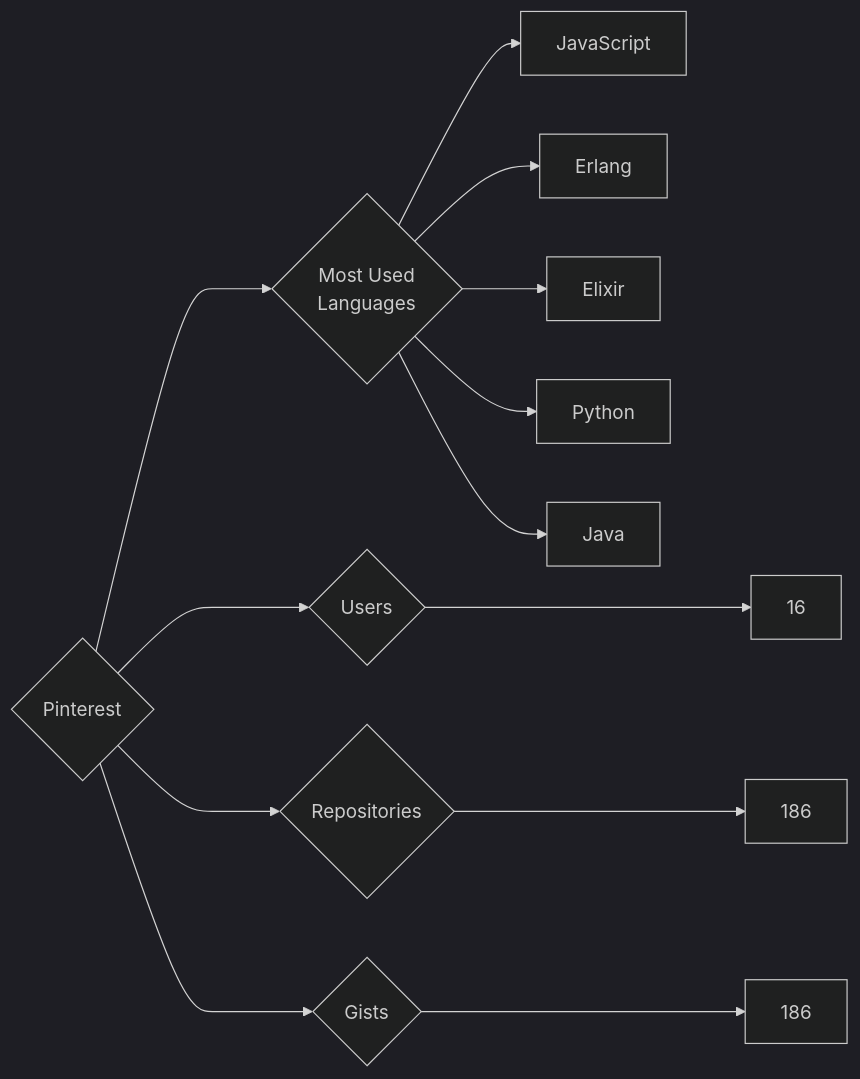
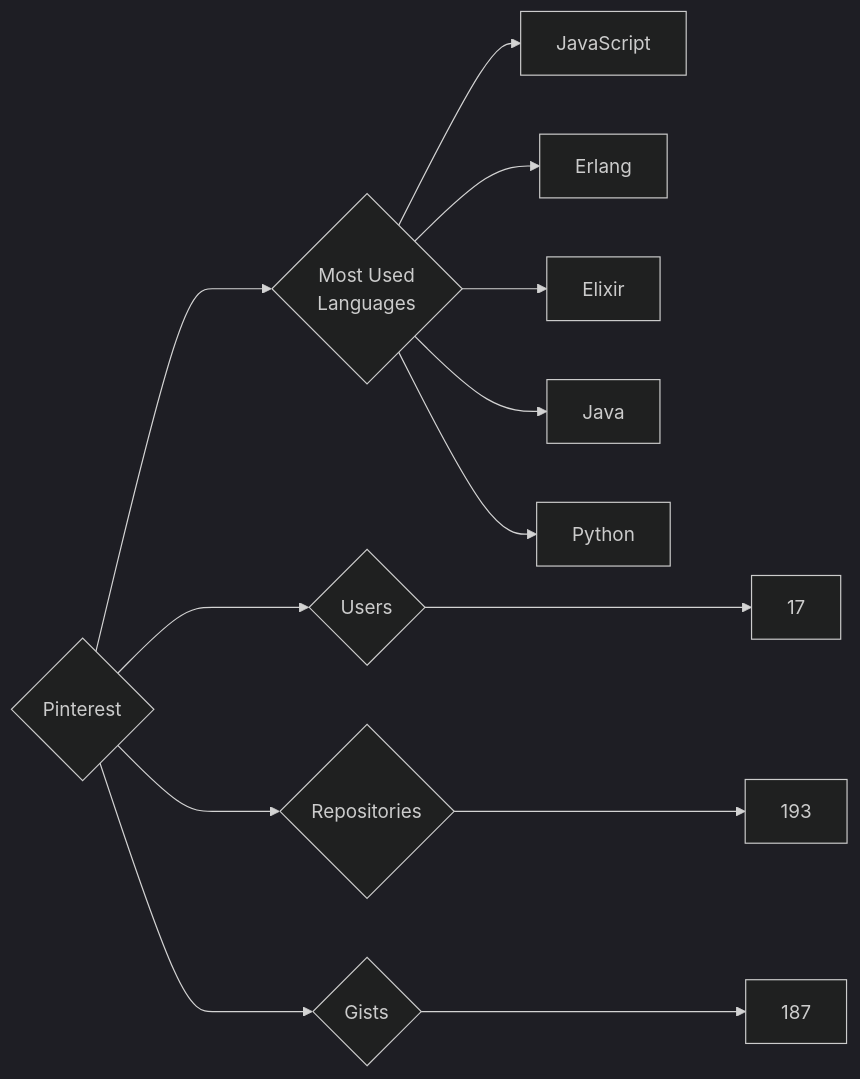
Before and after one commit to trickest/insiders: the diagram in targets/Pinterest/README.md, drawn with Mermaid (dark theme). The commit also changed 794 other files, not shown here.

````diff
--- a/targets/Pinterest/README.md
+++ b/targets/Pinterest/README.md
@@ -3,13 +3,13 @@
 ```mermaid
 graph LR
 COMPANY_NAME{Pinterest}
-COMPANY_NAME ---> U{Users} ---> UN[16]
-COMPANY_NAME ---> R{Repositories} ---> RN[186]
-COMPANY_NAME ---> G{Gists} ---> GN[186]
+COMPANY_NAME ---> U{Users} ---> UN[17]
+COMPANY_NAME ---> R{Repositories} ---> RN[193]
+COMPANY_NAME ---> G{Gists} ---> GN[187]
 COMPANY_NAME ---> ML{Most Used<br>Languages}
 ML --> JavaScript[JavaScript]
 ML --> Erlang[Erlang]
 ML --> Elixir[Elixir]
+ML --> Java[Java]
 ML --> Python[Python]
-ML --> Java[Java]
 ```
````
